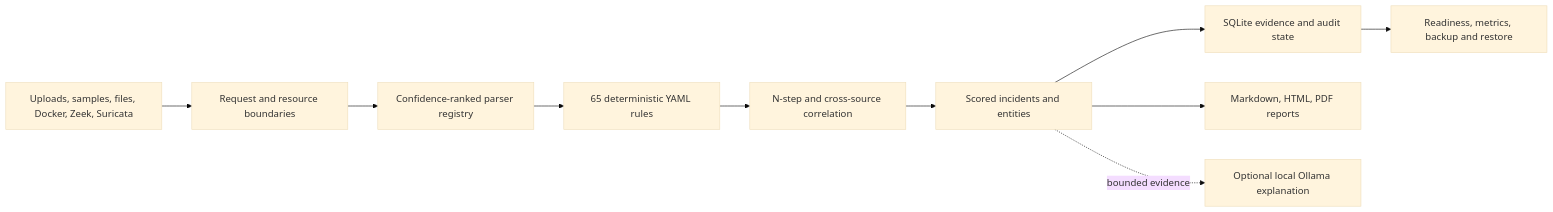
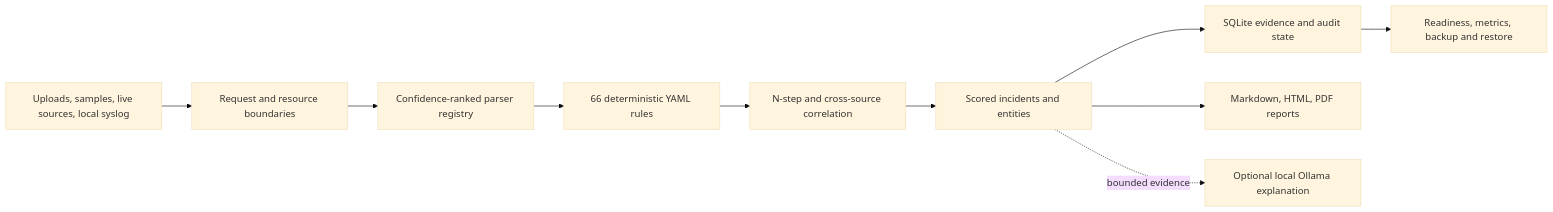
The diagram in README.md (0zB0/Security-Log-Analyzer), drawn with Mermaid (base theme) before and after one commit. The commit also changed other lines of this file and 156 other files, not shown here.

````diff
--- a/README.md
+++ b/README.md
@@ -79,12 +79,12 @@
 ```mermaid
 flowchart LR
-    S["Uploads, samples, files, Docker, Zeek, Suricata"] --> B["Request and resource boundaries"]
+    S["Uploads, samples, live sources, local syslog"] --> B["Request and resource boundaries"]
     B --> P["Confidence-ranked parser registry"]
-    P --> D["65 deterministic YAML rules"]
+    P --> D["66 deterministic YAML rules"]
     D --> C["N-step and cross-source correlation"]
     C --> I["Scored incidents and entities"]
     I --> DB["SQLite evidence and audit state"]
     I --> R["Markdown, HTML, PDF reports"]
     I -. bounded evidence .-> L["Optional local Ollama explanation"]
     DB --> O["Readiness, metrics, backup and restore"]
 ```
````
